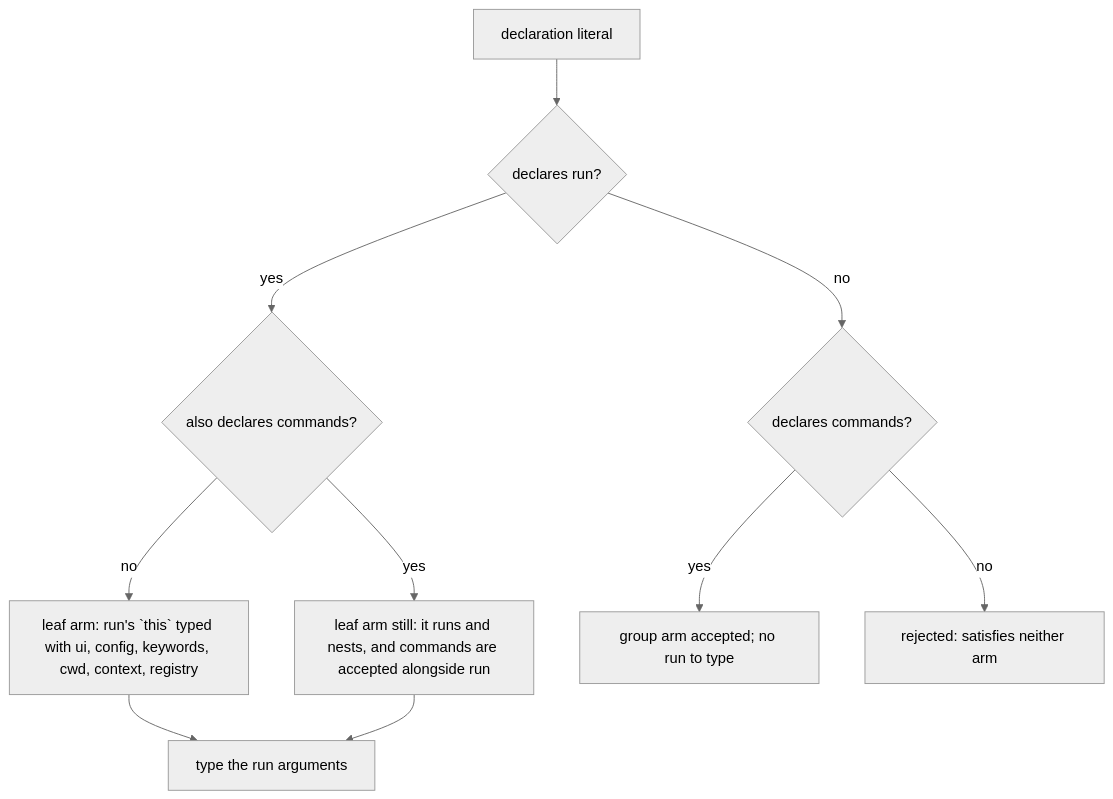
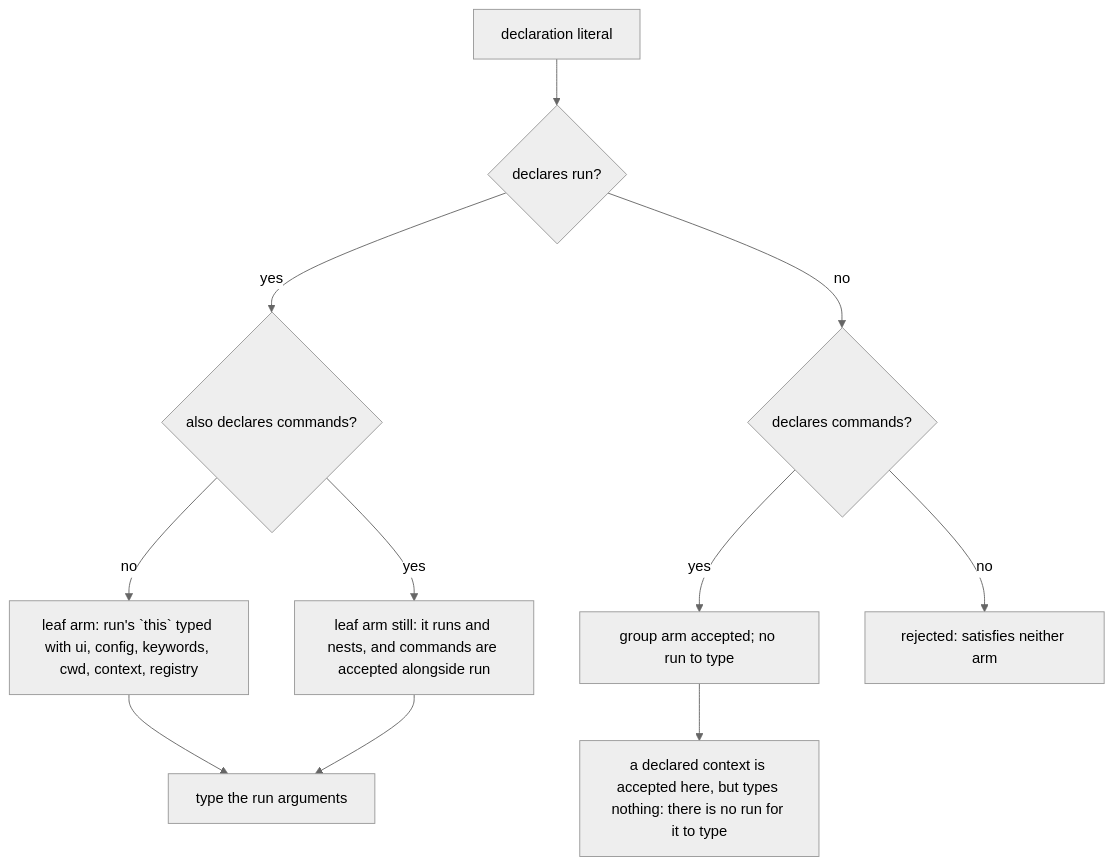
Before and after one commit to clibuilder/clibuilder: the first of 3 diagrams in packages/clibuilder/.agents/spec/command-definition/README.md, drawn with Mermaid (neutral theme). The commit also changed other lines of this file and 3 other files, not shown here.

````diff
--- a/packages/clibuilder/.agents/spec/command-definition/README.md
+++ b/packages/clibuilder/.agents/spec/command-definition/README.md
@@ -140,12 +140,13 @@
 ```mermaid
 graph TD
   D[declaration literal] --> R{declares run?}
   R -- yes --> RN{also declares commands?}
   RN -- no --> RC[leaf arm: run's `this` typed with ui, config, keywords, cwd, context, registry]
   RN -- yes --> RB[leaf arm still: it runs and nests, and commands are accepted alongside run]
   R -- no --> C{declares commands?}
   C -- yes --> GC[group arm accepted; no run to type]
+  GC --> GCX[a declared context is accepted here, but types nothing: there is no run for it to type]
   C -- no --> X[rejected: satisfies neither arm]
   RC --> ARGS[type the run arguments]
   RB --> ARGS
 ```
````
